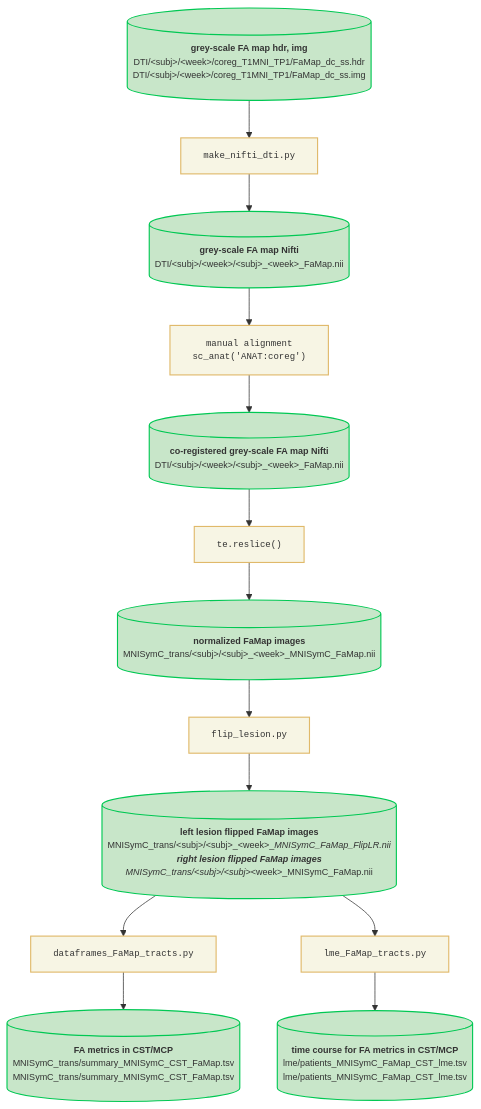
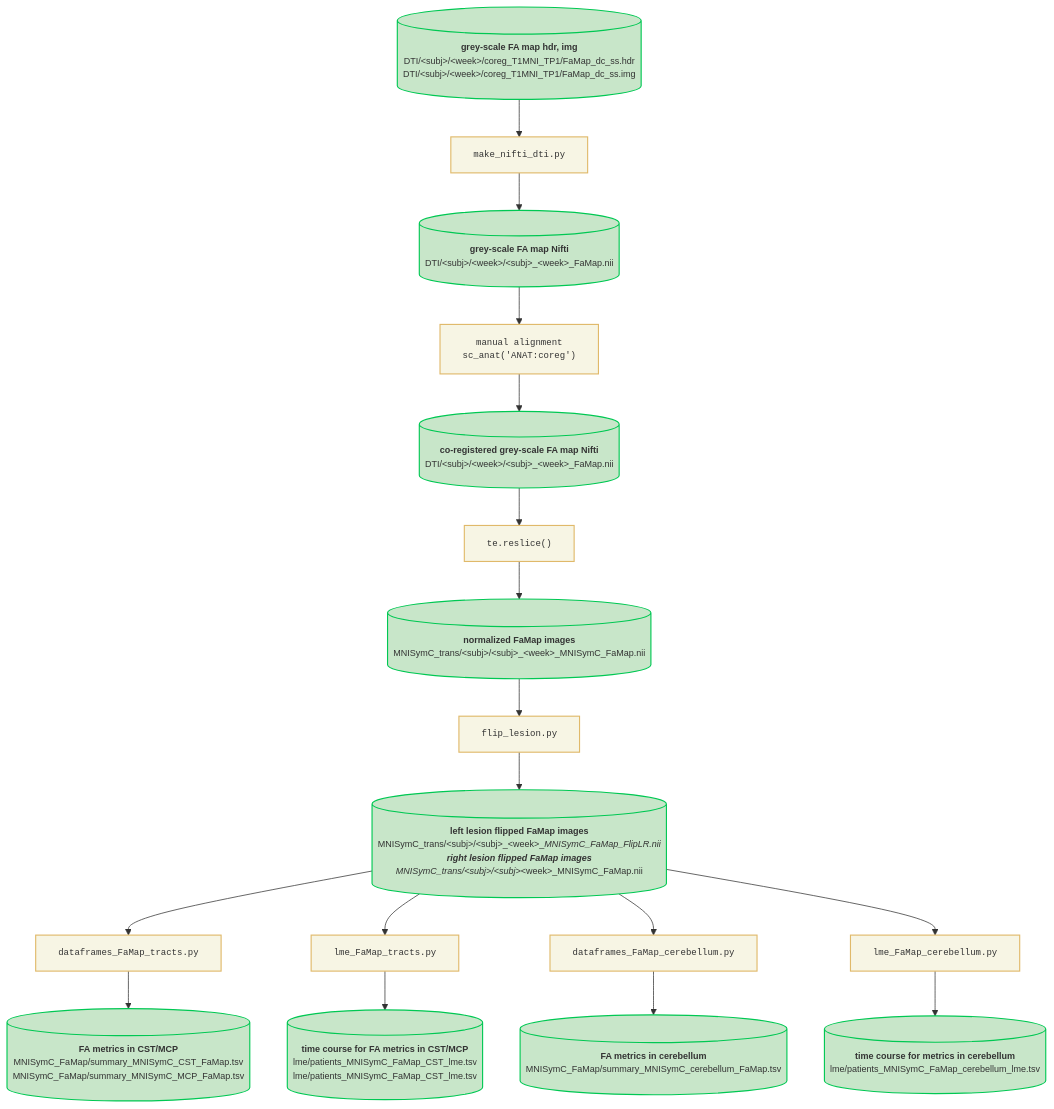
One commit to medhakp/smarts_cerebellum changed the fourth of 4 diagrams in README.md. Above: the diagram before and after it, drawn with Mermaid.

````diff
--- a/README.md
+++ b/README.md
@@ -154,48 +154,59 @@
 ```mermaid
 ---
+---
 config:
-  layout: fixed
+  layout: degre
 ---
 flowchart TB
     C[("`**grey-scale FA map hdr, img**<br>DTI/ﬂ°°60¶ßsubjﬂ°°62¶ß/ﬂ°°60¶ßweekﬂ°°62¶ß/coreg_T1MNI_TP1/FaMap_dc_ss.hdr<br>DTI/ﬂ°°60¶ßsubjﬂ°°62¶ß/ﬂ°°60¶ßweekﬂ°°62¶ß/coreg_T1MNI_TP1/FaMap_dc_ss.img`")] --> P1["make_nifti_dti.py"]
     P1 --> D[("<b>grey-scale FA map Nifti<br></b>DTI/ﬂ°°60¶ßsubjﬂ°°62¶ß/ﬂ°°60¶ßweekﬂ°°62¶ß/ﬂ°°60¶ßsubjﬂ°°62¶ß_ﬂ°°60¶ßweekﬂ°°62¶ß_FaMap.nii")]
     D --> n1@{ label: "manual alignment<br>sc_anat('ANAT:coreg')" }
     n1 --> n2[("<b>co-registered grey-scale FA map Nifti<br></b>DTI/ﬂ°°60¶ßsubjﬂ°°62¶ß/ﬂ°°60¶ßweekﬂ°°62¶ß/ﬂ°°60¶ßsubjﬂ°°62¶ß_ﬂ°°60¶ßweekﬂ°°62¶ß_FaMap.nii")]
     n2 --> n3["te.reslice()"]
     n3 --> n4[("<b>normalized FaMap images<br></b>MNISymC_trans/ﬂ°°60¶ßsubjﬂ°°62¶ß/ﬂ°°60¶ßsubjﬂ°°62¶ß_ﬂ°°60¶ßweekﬂ°°62¶ß_MNISymC_FaMap.nii")]
     n4 --> n5["flip_lesion.py"]
     n5 --> n6@{ label: "<b>left lesion flipped FaMap images<br></b>MNISymC_trans/ﬂ°°60¶ßsubjﬂ°°62¶ß/ﬂ°°60¶ßsubjﬂ°°62¶ß_ﬂ°°60¶ßweekﬂ°°62¶ß__MNISymC_FaMap_FlipLR.nii<br><span style=\"--tw-border-spacing-y:\">**right lesion flipped FaMap images**</span><br>MNISymC_trans/ﬂ°°60¶ßsubjﬂ°°62¶ß/ﬂ°°60¶ßsubjﬂ°°62¶ß_ﬂ°°60¶ßweekﬂ°°62¶ß_MNISymC_FaMap.nii" }
-    n6 --> n7["dataframes_FaMap_tracts.py"] & n8["lme_FaMap_tracts.py"]
-    n7 --> n9[("<b>FA metrics in CST/MCP<br></b>MNISymC_trans/summary_MNISymC_CST_FaMap.tsv<br>MNISymC_trans/summary_MNISymC_CST_FaMap.tsv")]
+    n6 --> n7["dataframes_FaMap_tracts.py"] & n8["lme_FaMap_tracts.py"] & n12["dataframes_FaMap_cerebellum.py"] & n11["lme_FaMap_cerebellum.py"]
+    n7 --> n9[("<b>FA metrics in CST/MCP<br></b>MNISymC_FaMap/summary_MNISymC_CST_FaMap.tsv<br>MNISymC_FaMap/summary_MNISymC_MCP_FaMap.tsv")]
     n8 --> n10@{ label: "<b>time course for FA metrics in CST/MCP<br></b>lme/patients_MNISymC_FaMap_CST_lme.tsv<br>lme/patients_MNISymC_FaMap_CST_lme.tsv<br style=\"--tw-border-spacing-y:\">" }
+    n12 --> n13[("<b>FA metrics in cerebellum<br></b>MNISymC_FaMap/summary_MNISymC_cerebellum_FaMap.tsv<br>")]
+    n11 --> n14[("<b>time course for metrics in cerebellum<br></b>lme/patients_MNISymC_FaMap_cerebellum_lme.tsv<br>")]
 
     n1@{ shape: rect}
     n3@{ shape: rect}
     n5@{ shape: rect}
     n6@{ shape: cylinder}
     n7@{ shape: rect}
     n8@{ shape: rect}
+    n12@{ shape: rect}
+    n11@{ shape: rect}
     n10@{ shape: cylinder}
      C:::templateNode
      P1:::processNode
      D:::templateNode
      n1:::processNode
      n2:::templateNode
      n3:::processNode
      n4:::templateNode
      n5:::processNode
      n6:::templateNode
      n7:::processNode
      n8:::processNode
+     n12:::processNode
+     n11:::processNode
      n9:::templateNode
      n10:::templateNode
+     n13:::templateNode
+     n14:::templateNode
     classDef templateNode fill:#f1ddf4,stroke:#ce9bd9,stroke-width:1.5px,color:#333,font-family:Arial,font-size:12px
     classDef processNode fill:#f7f5e4,stroke:#e0b96a,stroke-width:1.5px,color:#333,font-family:monospace,font-size:12px
     style C fill:#C8E6C9,stroke:#00C853
     style D fill:#C8E6C9,stroke:#00C853
     style n2 stroke:#00C853,fill:#C8E6C9
     style n4 fill:#C8E6C9,stroke:#00C853
     style n6 stroke:#00C853,fill:#C8E6C9
     style n9 stroke:#00C853,fill:#C8E6C9
     style n10 stroke:#00C853,fill:#C8E6C9
+    style n13 stroke:#00C853,fill:#C8E6C9
+    style n14 stroke:#00C853,fill:#C8E6C9
 ```
````
